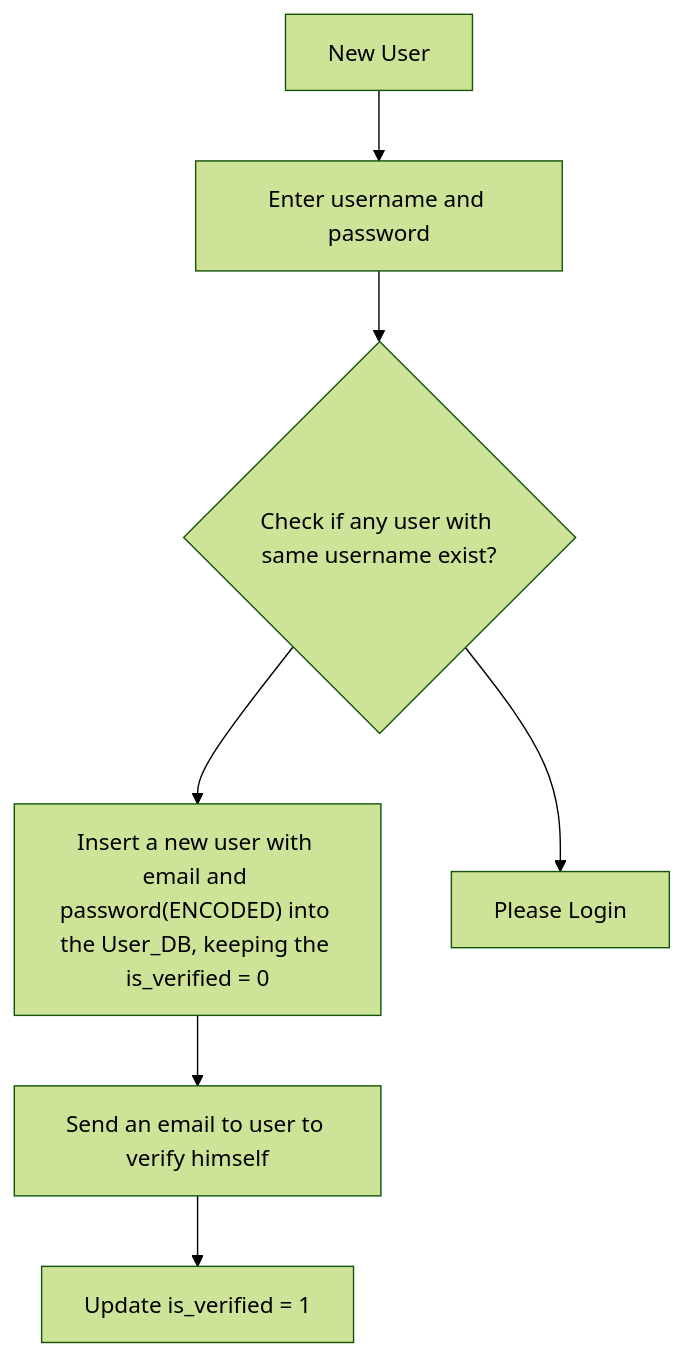
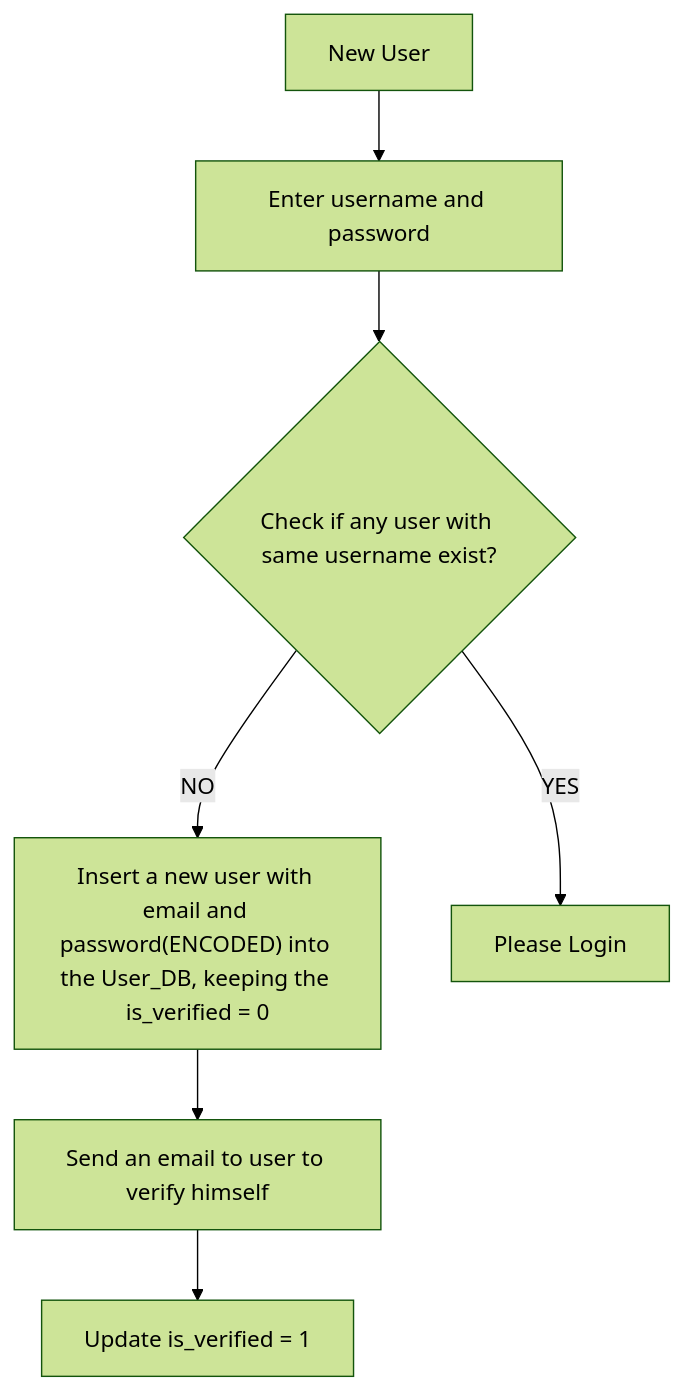
The diagram in README.md (GangadharPanda/SpringBoot-EmployeeManagement), drawn with Mermaid (forest theme) before and after one commit.

````diff
--- a/README.md
+++ b/README.md
@@ -54,18 +54,18 @@
 ```mermaid
 
 flowchart TD
     markdown["`New User`"]
     enterUsername["`Enter username and password`"]
     CheckUser{"`Check if any user with same username exist?`"}
     insertUser["`Insert a new user with email and password(ENCODED) into the User_DB, keeping the is_verified = 0`"]
     verifyEmail["`Send an email to user to verify himself`"]
     onceVerified["`Update is_verified = 1`"]
     requestToLogin["`Please Login`"]
     markdown --> enterUsername
     enterUsername --> CheckUser
-    CheckUser --> insertUser
-    CheckUser --> requestToLogin
+    CheckUser --> |NO|insertUser
+    CheckUser --> |YES|requestToLogin
     insertUser --> verifyEmail
     verifyEmail --> onceVerified
 
 ```
````
